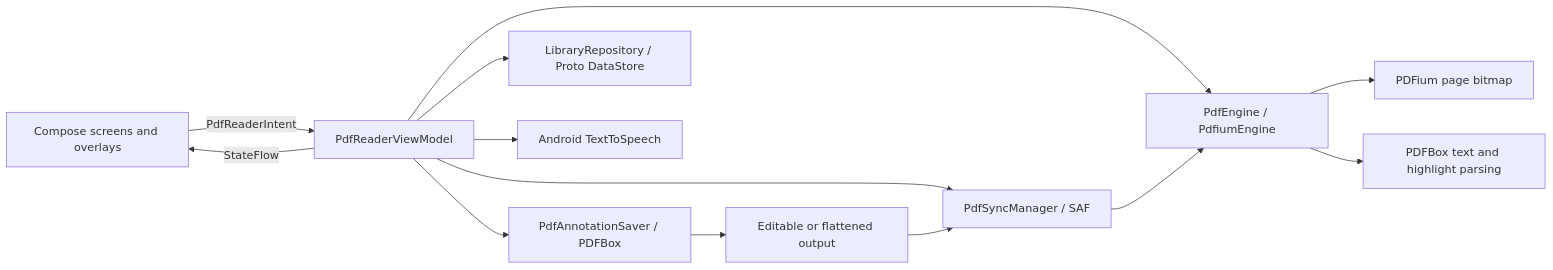
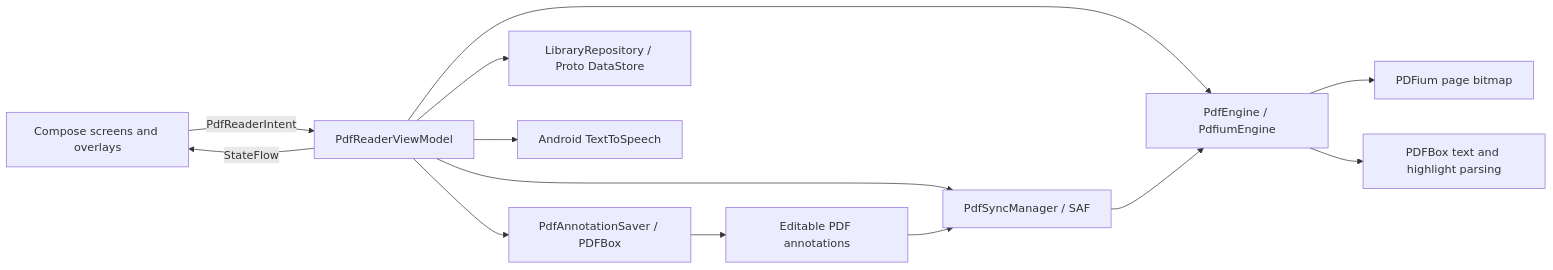
Before and after one commit to tharun-extinct/pdf-reader: the second of 2 diagrams in .github/architecture.md, drawn with Mermaid. The commit also changed other lines of this file and 24 other files, not shown here.

First line of the commit message:
Refactor annotation persistence and improve editable output handling

````diff
--- a/.github/architecture.md
+++ b/.github/architecture.md
@@ -105,15 +105,15 @@
 ```mermaid
 flowchart LR
     UI["Compose screens and overlays"] -->|"PdfReaderIntent"| VM["PdfReaderViewModel"]
     VM -->|"StateFlow<PdfReaderState>"| UI
     VM --> Engine["PdfEngine / PdfiumEngine"]
     VM --> Saver["PdfAnnotationSaver / PDFBox"]
     VM --> Sync["PdfSyncManager / SAF"]
     VM --> Library["LibraryRepository / Proto DataStore"]
     VM --> TTS["Android TextToSpeech"]
     Engine --> PDFium["PDFium page bitmap"]
     Engine --> PDFBoxRead["PDFBox text and highlight parsing"]
-    Saver --> PDFBoxWrite["Editable or flattened output"]
+    Saver --> PDFBoxWrite["Editable PDF annotations"]
     PDFBoxWrite --> Sync
     Sync --> Engine
 ```
````
